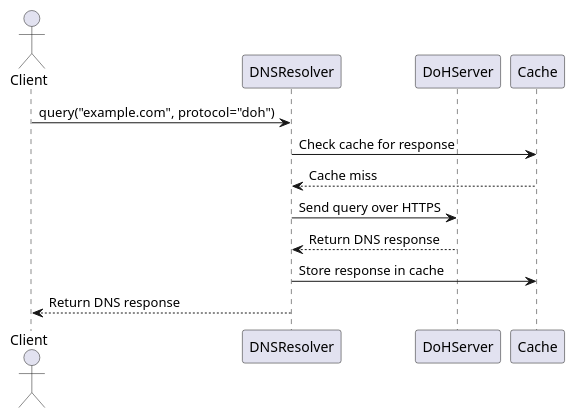
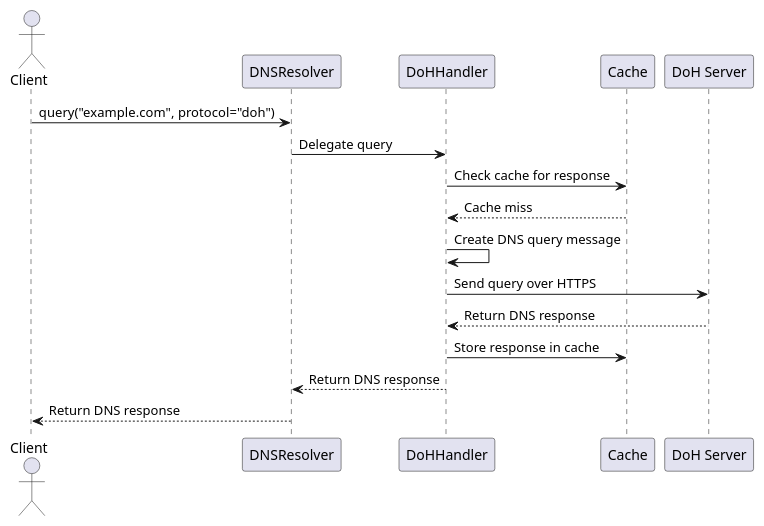
Before and after one commit to nicholasadamou/nicholasadamou.com: the fifth of 5 diagrams in content/projects/privydns.mdx, drawn with PlantUML. The commit also changed other lines of this file and 2 other files, not shown here.

First line of the commit message:
Update PrivyDNS documentation and upgrade dependencies

````diff
--- a/content/projects/privydns.mdx
+++ b/content/projects/privydns.mdx
@@ -205,16 +214,19 @@
 ```plantuml
 @startuml
 actor Client
 participant DNSResolver
-participant DoHServer
+participant DoHHandler
 participant Cache
 
 Client -> DNSResolver: query("example.com", protocol="doh")
-DNSResolver -> Cache: Check cache for response
-Cache --> DNSResolver: Cache miss
-DNSResolver -> DoHServer: Send query over HTTPS
-DoHServer --> DNSResolver: Return DNS response
-DNSResolver -> Cache: Store response in cache
+DNSResolver -> DoHHandler: Delegate query
+DoHHandler -> Cache: Check cache for response
+Cache --> DoHHandler: Cache miss
+DoHHandler -> DoHHandler: Create DNS query message
+DoHHandler -> "DoH Server": Send query over HTTPS
+"DoH Server" --> DoHHandler: Return DNS response
+DoHHandler -> Cache: Store response in cache
+DoHHandler --> DNSResolver: Return DNS response
 DNSResolver --> Client: Return DNS response
 @enduml
 ```
````
